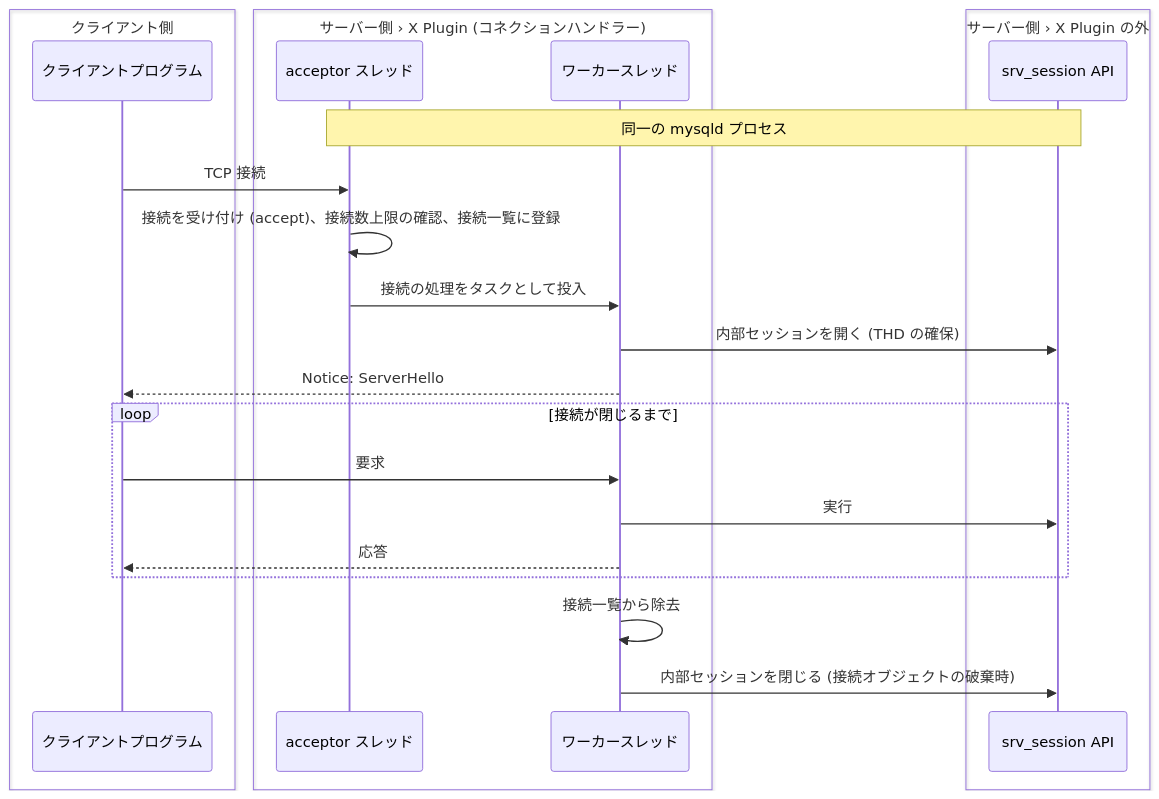
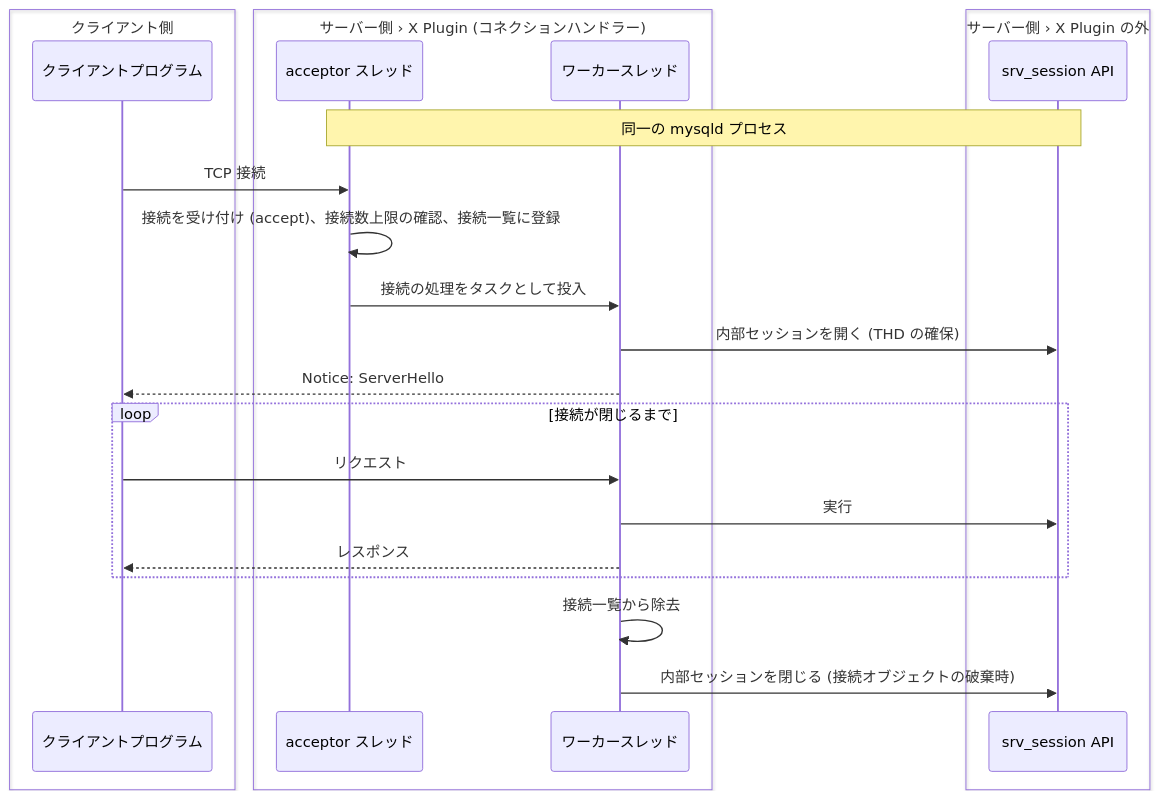
One commit to ren-yamanashi/minesql changed the first of 3 diagrams in docs/specification/connection/connection_handler.md. Above: the diagram before and after it, drawn with Mermaid. The commit also changed other lines of this file and 10 other files, not shown here.

````diff
--- a/docs/specification/connection/connection_handler.md
+++ b/docs/specification/connection/connection_handler.md
@@ -69,26 +69,26 @@
 ```mermaid
 sequenceDiagram
     box クライアント側
         participant C as クライアントプログラム
     end
     box サーバー側 › X Plugin (コネクションハンドラー)
         participant A as acceptor スレッド
         participant W as ワーカースレッド
     end
     box サーバー側 › X Plugin の外
         participant S as srv_session API
     end
     Note over A,S: 同一の mysqld プロセス
     C->>A: TCP 接続
     A->>A: 接続を受け付け (accept)、接続数上限の確認、接続一覧に登録
     A->>W: 接続の処理をタスクとして投入
     W->>S: 内部セッションを開く (THD の確保)
     W-->>C: Notice: ServerHello
     loop 接続が閉じるまで
-        C->>W: 要求
+        C->>W: リクエスト
         W->>S: 実行
-        W-->>C: 応答
+        W-->>C: レスポンス
     end
     W->>W: 接続一覧から除去
     W->>S: 内部セッションを閉じる (接続オブジェクトの破棄時)
 ```
````
